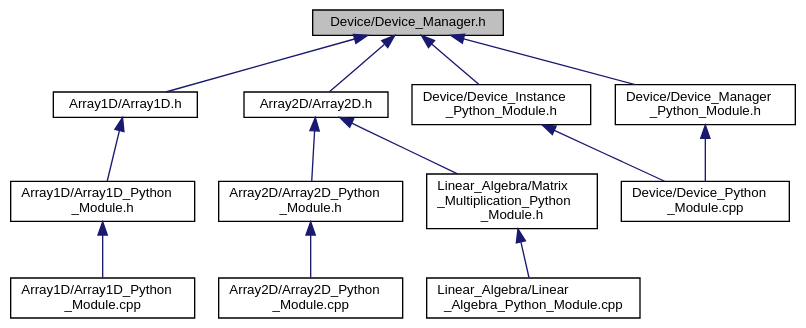
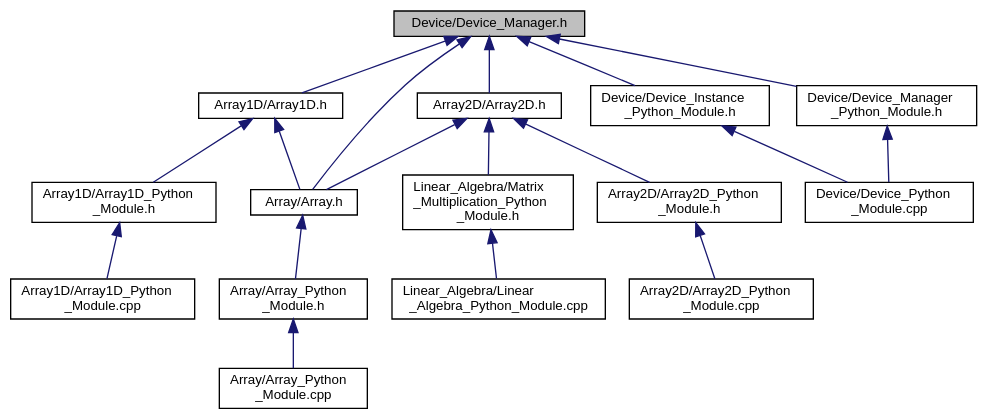
The diagram in docs/PySYCL_doxygen_html/_device___manager_8h__dep__incl.dot (OsmanAEG/PySYCL), drawn with Graphviz before and after one commit. The commit also changed 160 other files, not shown here.

```diff
--- a/docs/PySYCL_doxygen_html/_device___manager_8h__dep__incl.dot
+++ b/docs/PySYCL_doxygen_html/_device___manager_8h__dep__incl.dot
@@ -1,32 +1,40 @@
 digraph "Device/Device_Manager.h"
 {
  // INTERACTIVE_SVG=YES
  // LATEX_PDF_SIZE
   bgcolor="transparent";
   edge [fontname="Helvetica",fontsize="10",labelfontname="Helvetica",labelfontsize="10"];
   node [fontname="Helvetica",fontsize="10",shape=record];
   Node1 [label="Device/Device_Manager.h",height=0.2,width=0.4,color="black", fillcolor="grey75", style="filled", fontcolor="black",tooltip="Device instance for device selection in PySYCL."];
   Node1 -> Node2 [dir="back",color="midnightblue",fontsize="10",style="solid",fontname="Helvetica"];
-  Node2 [label="Array1D/Array1D.h",height=0.2,width=0.4,color="black",URL="$_array1_d_8h.html",tooltip="Array1D in PySYCL."];
+  Node2 [label="Array/Array.h",height=0.2,width=0.4,color="black",URL="$_array_8h.html",tooltip="Array in PySYCL."];
   Node2 -> Node3 [dir="back",color="midnightblue",fontsize="10",style="solid",fontname="Helvetica"];
-  Node3 [label="Array1D/Array1D_Python\l_Module.h",height=0.2,width=0.4,color="black",URL="$_array1_d___python___module_8h.html",tooltip="Python module for an array_1d object in PySYCL."];
+  Node3 [label="Array/Array_Python\l_Module.h",height=0.2,width=0.4,color="black",URL="$_array___python___module_8h.html",tooltip="Python module for an array object in PySYCL."];
   Node3 -> Node4 [dir="back",color="midnightblue",fontsize="10",style="solid",fontname="Helvetica"];
-  Node4 [label="Array1D/Array1D_Python\l_Module.cpp",height=0.2,width=0.4,color="black",URL="$_array1_d___python___module_8cpp.html",tooltip="Python module for array_1d in PySYCL."];
+  Node4 [label="Array/Array_Python\l_Module.cpp",height=0.2,width=0.4,color="black",URL="$_array___python___module_8cpp.html",tooltip="Python module for array in PySYCL."];
   Node1 -> Node5 [dir="back",color="midnightblue",fontsize="10",style="solid",fontname="Helvetica"];
-  Node5 [label="Array2D/Array2D.h",height=0.2,width=0.4,color="black",URL="$_array2_d_8h.html",tooltip="Array2D in PySYCL."];
+  Node5 [label="Array1D/Array1D.h",height=0.2,width=0.4,color="black",URL="$_array1_d_8h.html",tooltip="Array1D in PySYCL."];
+  Node5 -> Node2 [dir="back",color="midnightblue",fontsize="10",style="solid",fontname="Helvetica"];
   Node5 -> Node6 [dir="back",color="midnightblue",fontsize="10",style="solid",fontname="Helvetica"];
-  Node6 [label="Array2D/Array2D_Python\l_Module.h",height=0.2,width=0.4,color="black",URL="$_array2_d___python___module_8h.html",tooltip="Python module for an array_2d object in PySYCL."];
+  Node6 [label="Array1D/Array1D_Python\l_Module.h",height=0.2,width=0.4,color="black",URL="$_array1_d___python___module_8h.html",tooltip="Python module for an array_1d object in PySYCL."];
   Node6 -> Node7 [dir="back",color="midnightblue",fontsize="10",style="solid",fontname="Helvetica"];
-  Node7 [label="Array2D/Array2D_Python\l_Module.cpp",height=0.2,width=0.4,color="black",URL="$_array2_d___python___module_8cpp.html",tooltip="Python module for array_2d in PySYCL."];
-  Node5 -> Node8 [dir="back",color="midnightblue",fontsize="10",style="solid",fontname="Helvetica"];
-  Node8 [label="Linear_Algebra/Matrix\l_Multiplication_Python\l_Module.h",height=0.2,width=0.4,color="black",URL="$_matrix___multiplication___python___module_8h.html",tooltip="Python module for a matrix multiplication in PySYCL."];
+  Node7 [label="Array1D/Array1D_Python\l_Module.cpp",height=0.2,width=0.4,color="black",URL="$_array1_d___python___module_8cpp.html",tooltip="Python module for array_1d in PySYCL."];
+  Node1 -> Node8 [dir="back",color="midnightblue",fontsize="10",style="solid",fontname="Helvetica"];
+  Node8 [label="Array2D/Array2D.h",height=0.2,width=0.4,color="black",URL="$_array2_d_8h.html",tooltip="Array2D in PySYCL."];
+  Node8 -> Node2 [dir="back",color="midnightblue",fontsize="10",style="solid",fontname="Helvetica"];
   Node8 -> Node9 [dir="back",color="midnightblue",fontsize="10",style="solid",fontname="Helvetica"];
-  Node9 [label="Linear_Algebra/Linear\l_Algebra_Python_Module.cpp",height=0.2,width=0.4,color="black",URL="$_linear___algebra___python___module_8cpp.html",tooltip="Python module for linalg in PySYCL."];
-  Node1 -> Node10 [dir="back",color="midnightblue",fontsize="10",style="solid",fontname="Helvetica"];
-  Node10 [label="Device/Device_Instance\l_Python_Module.h",height=0.2,width=0.4,color="black",URL="$_device___instance___python___module_8h.html",tooltip="Python module for device instance in PySYCL."];
-  Node10 -> Node11 [dir="back",color="midnightblue",fontsize="10",style="solid",fontname="Helvetica"];
-  Node11 [label="Device/Device_Python\l_Module.cpp",height=0.2,width=0.4,color="black",URL="$_device___python___module_8cpp.html",tooltip="Python module for device in PySYCL."];
-  Node1 -> Node12 [dir="back",color="midnightblue",fontsize="10",style="solid",fontname="Helvetica"];
-  Node12 [label="Device/Device_Manager\l_Python_Module.h",height=0.2,width=0.4,color="black",URL="$_device___manager___python___module_8h.html",tooltip="Python module for device instance in PySYCL."];
-  Node12 -> Node11 [dir="back",color="midnightblue",fontsize="10",style="solid",fontname="Helvetica"];
+  Node9 [label="Array2D/Array2D_Python\l_Module.h",height=0.2,width=0.4,color="black",URL="$_array2_d___python___module_8h.html",tooltip="Python module for an array_2d object in PySYCL."];
+  Node9 -> Node10 [dir="back",color="midnightblue",fontsize="10",style="solid",fontname="Helvetica"];
+  Node10 [label="Array2D/Array2D_Python\l_Module.cpp",height=0.2,width=0.4,color="black",URL="$_array2_d___python___module_8cpp.html",tooltip="Python module for array_2d in PySYCL."];
+  Node8 -> Node11 [dir="back",color="midnightblue",fontsize="10",style="solid",fontname="Helvetica"];
+  Node11 [label="Linear_Algebra/Matrix\l_Multiplication_Python\l_Module.h",height=0.2,width=0.4,color="black",URL="$_matrix___multiplication___python___module_8h.html",tooltip="Python module for a matrix multiplication in PySYCL."];
+  Node11 -> Node12 [dir="back",color="midnightblue",fontsize="10",style="solid",fontname="Helvetica"];
+  Node12 [label="Linear_Algebra/Linear\l_Algebra_Python_Module.cpp",height=0.2,width=0.4,color="black",URL="$_linear___algebra___python___module_8cpp.html",tooltip="Python module for linalg in PySYCL."];
+  Node1 -> Node13 [dir="back",color="midnightblue",fontsize="10",style="solid",fontname="Helvetica"];
+  Node13 [label="Device/Device_Instance\l_Python_Module.h",height=0.2,width=0.4,color="black",URL="$_device___instance___python___module_8h.html",tooltip="Python module for device instance in PySYCL."];
+  Node13 -> Node14 [dir="back",color="midnightblue",fontsize="10",style="solid",fontname="Helvetica"];
+  Node14 [label="Device/Device_Python\l_Module.cpp",height=0.2,width=0.4,color="black",URL="$_device___python___module_8cpp.html",tooltip="Python module for device in PySYCL."];
+  Node1 -> Node15 [dir="back",color="midnightblue",fontsize="10",style="solid",fontname="Helvetica"];
+  Node15 [label="Device/Device_Manager\l_Python_Module.h",height=0.2,width=0.4,color="black",URL="$_device___manager___python___module_8h.html",tooltip="Python module for device instance in PySYCL."];
+  Node15 -> Node14 [dir="back",color="midnightblue",fontsize="10",style="solid",fontname="Helvetica"];
 }
```
